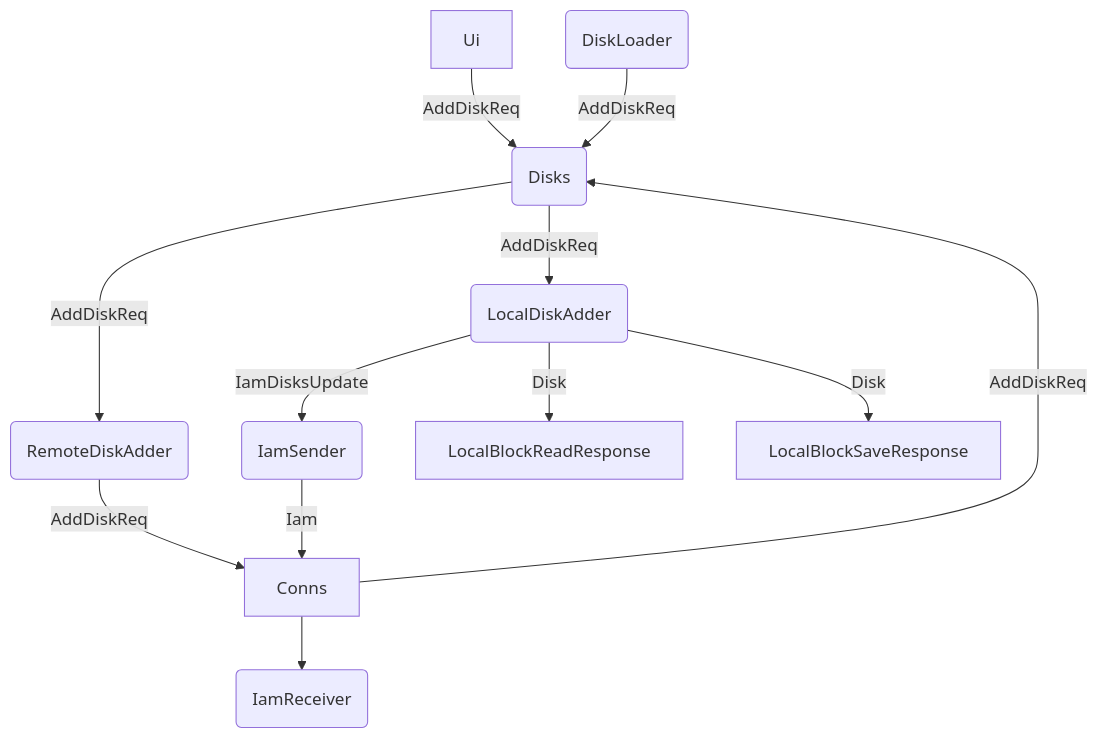
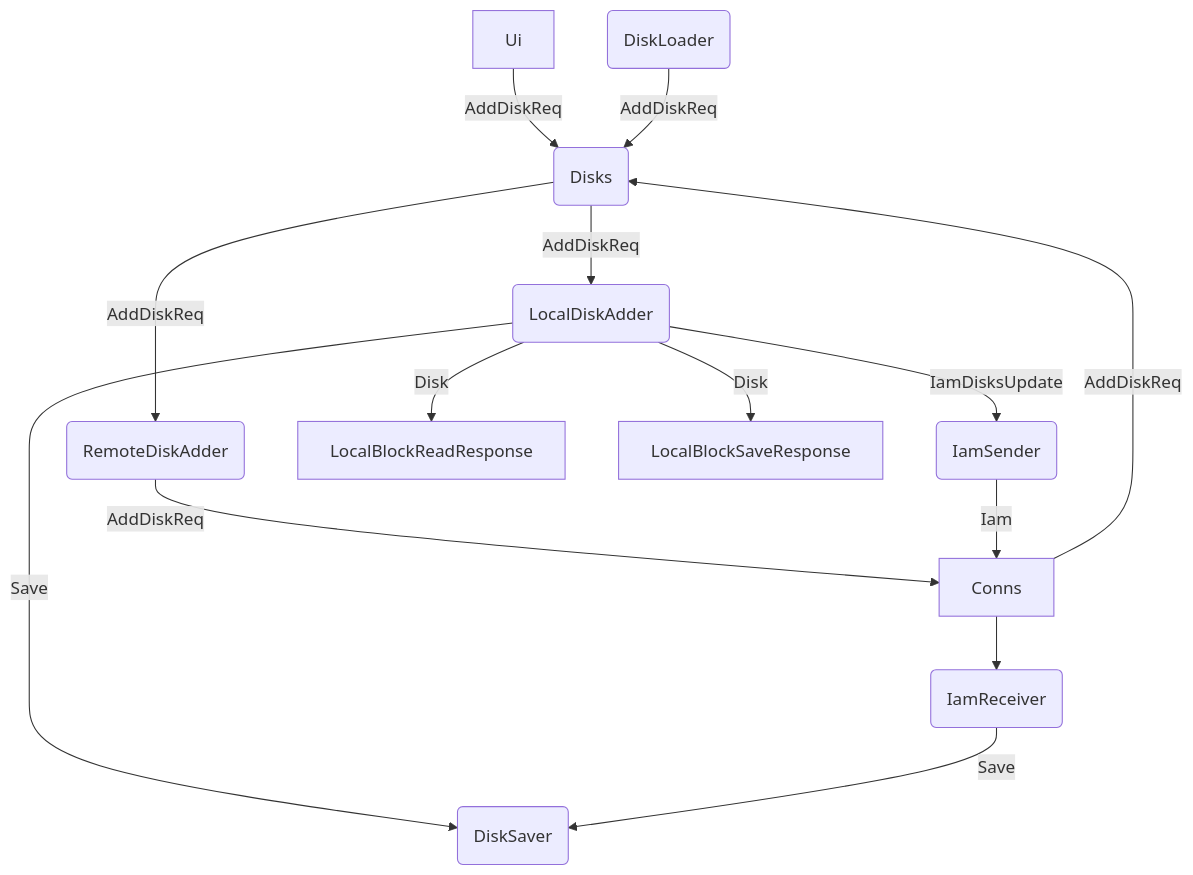
One commit to roboadam/tealfs changed the diagram in pkg/disk/disks.mmd. Above: the diagram before and after it, drawn with Mermaid. The commit also changed 3 other files, not shown here.

```diff
--- a/pkg/disk/disks.mmd
+++ b/pkg/disk/disks.mmd
@@ -1,12 +1,14 @@
 flowchart TD
     A[Ui] -->|AddDiskReq| B(Disks)
     B -->|AddDiskReq| I(LocalDiskAdder)
     B -->|AddDiskReq| J(RemoteDiskAdder)
     J -->|AddDiskReq| C[Conns]
     C -->|AddDiskReq| B
     D(DiskLoader) -->|AddDiskReq| B
     I --> |IamDisksUpdate| E(IamSender)
     E -->|Iam| C
     C --> F(IamReceiver)
     I --> |Disk| G[LocalBlockReadResponse]
     I --> |Disk| H[LocalBlockSaveResponse]
+    I --> |Save| K(DiskSaver)
+    F --> |Save| K(DiskSaver)
```
